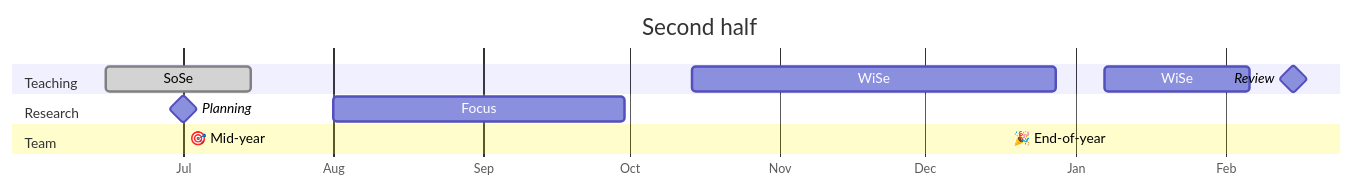
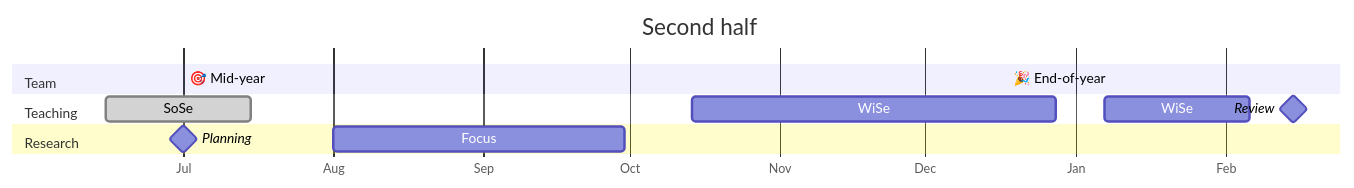
The second of 2 diagrams in docs/02.calendar.md (digital-work-lab/handbook), drawn with Mermaid before and after one commit.

Commit message:
update cal

````diff
--- a/docs/02.calendar.md
+++ b/docs/02.calendar.md
@@ -34,25 +34,24 @@
 ```mermaid
 ---
 displayMode: compact
 ---
 gantt
     title Second half
     dateFormat  YYYY-MM-DD
     todayMarker stroke-width:5px,stroke:red,opacity:0.8
     axisFormat %b
+
+    section Team
+    🎯 Mid-year :b1, 2024-07-01, milestone
+    🎉 End-of-year :b1, 2024-12-18, milestone
+
     section Teaching
-
     SoSe           :done, 2024-06-15, 30d
     WiSe           :a2, 2024-10-14, 75d
     WiSe           :a2, 2025-01-07, 30d
     Review   :milestone, 2025-02-15, milestone
-
     section Research
     Planning :milestone, 2024-07-01, milestone
-
     Focus           :a2, 2024-08-01, 60d
 
-    section Team
-    🎯 Mid-year :b1, 2024-07-01, milestone
-    🎉 End-of-year :b1, 2024-12-18, milestone
 ```
````
